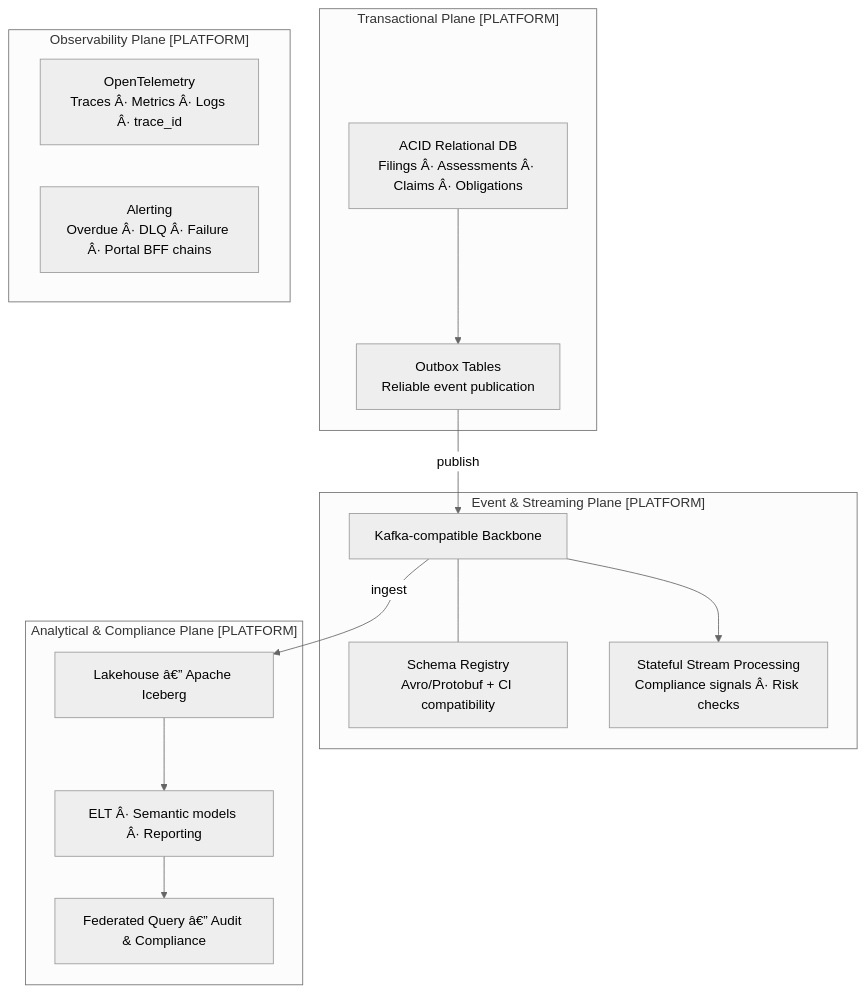
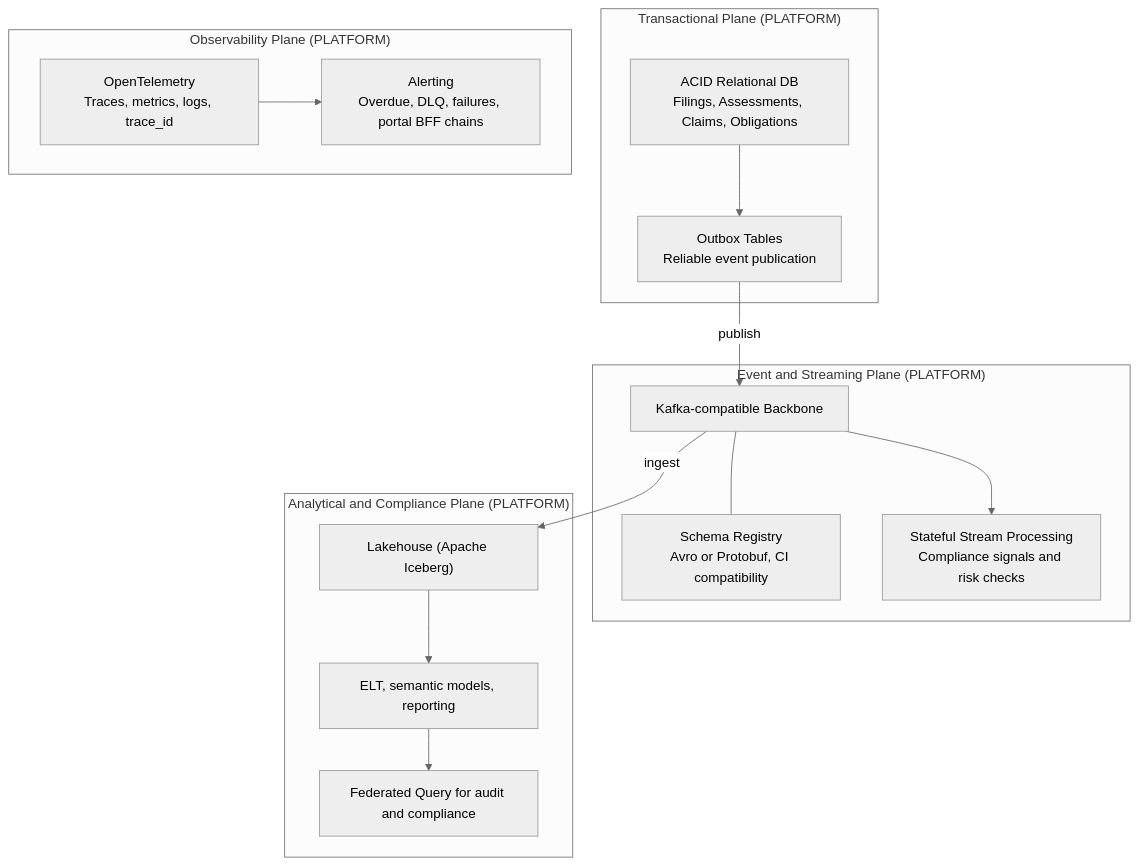
The sixth of 14 diagrams in design/01-vat-filing-assessment-solution-design.md (nc-tbi/VATRI-Codex), drawn with Mermaid (neutral theme) before and after one commit. The commit also changed other lines of this file, not shown here.

Commit message:
Fix syntax and formatting issues in design diagrams and test/data sections

````diff
--- a/design/01-vat-filing-assessment-solution-design.md
+++ b/design/01-vat-filing-assessment-solution-design.md
@@ -341,32 +334,33 @@
 ```mermaid
 flowchart TB
-    subgraph TRANS["Transactional Plane [PLATFORM]"]
-        ODB_T["ACID Relational DB\nFilings Â· Assessments Â· Claims Â· Obligations"]
+    subgraph TRANS["Transactional Plane (PLATFORM)"]
+        ODB_T["ACID Relational DB\nFilings, Assessments, Claims, Obligations"]
         OUTBOX["Outbox Tables\nReliable event publication"]
     end
 
-    subgraph EVENT["Event & Streaming Plane [PLATFORM]"]
+    subgraph EVENT["Event and Streaming Plane (PLATFORM)"]
         KAFKA["Kafka-compatible Backbone"]
-        SREG["Schema Registry\nAvro/Protobuf + CI compatibility"]
-        STREAM["Stateful Stream Processing\nCompliance signals Â· Risk checks"]
+        SREG["Schema Registry\nAvro or Protobuf, CI compatibility"]
+        STREAM["Stateful Stream Processing\nCompliance signals and risk checks"]
     end
 
-    subgraph ANALYTICAL["Analytical & Compliance Plane [PLATFORM]"]
-        LAKE["Lakehouse â€” Apache Iceberg"]
-        ELT["ELT Â· Semantic models Â· Reporting"]
-        QUERY["Federated Query â€” Audit & Compliance"]
+    subgraph ANALYTICAL["Analytical and Compliance Plane (PLATFORM)"]
+        LAKE["Lakehouse (Apache Iceberg)"]
+        ELT["ELT, semantic models, reporting"]
+        QUERY["Federated Query for audit and compliance"]
     end
 
-    subgraph OBS_PLANE["Observability Plane [PLATFORM]"]
-        OTEL["OpenTelemetry\nTraces Â· Metrics Â· Logs Â· trace_id"]
-        ALERTS["Alerting\nOverdue Â· DLQ Â· Failure Â· Portal BFF chains"]
+    subgraph OBS_PLANE["Observability Plane (PLATFORM)"]
+        OTEL["OpenTelemetry\nTraces, metrics, logs, trace_id"]
+        ALERTS["Alerting\nOverdue, DLQ, failures, portal BFF chains"]
     end
 
-    OUTBOX -->|publish| KAFKA
+    ODB_T --> OUTBOX
+    OUTBOX -->|"publish"| KAFKA
     KAFKA --- SREG
     KAFKA --> STREAM
-    KAFKA -->|ingest| LAKE
+    KAFKA -->|"ingest"| LAKE
     LAKE --> ELT
     ELT --> QUERY
-    ODB_T --> OUTBOX
+    OTEL --> ALERTS
 ```
````
